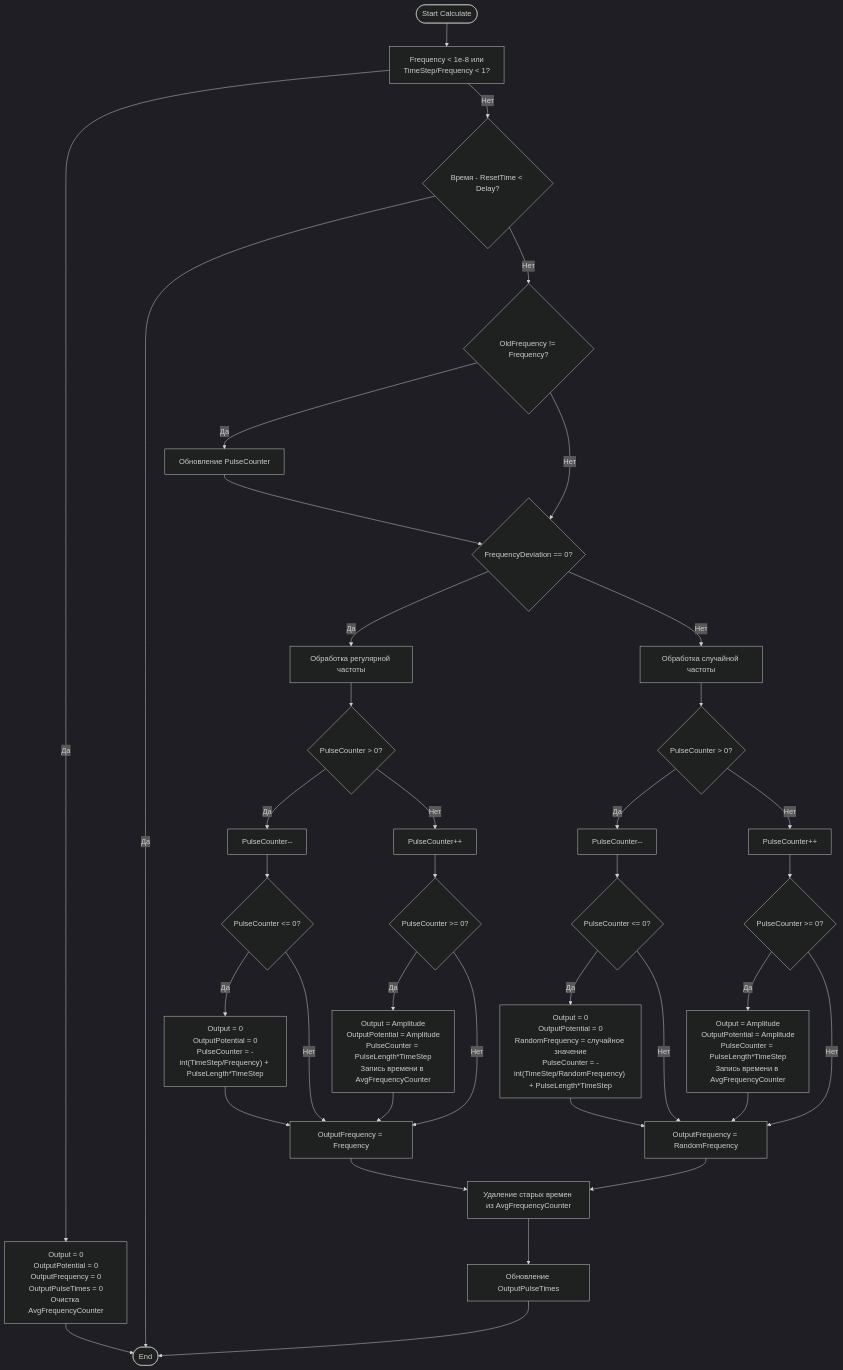
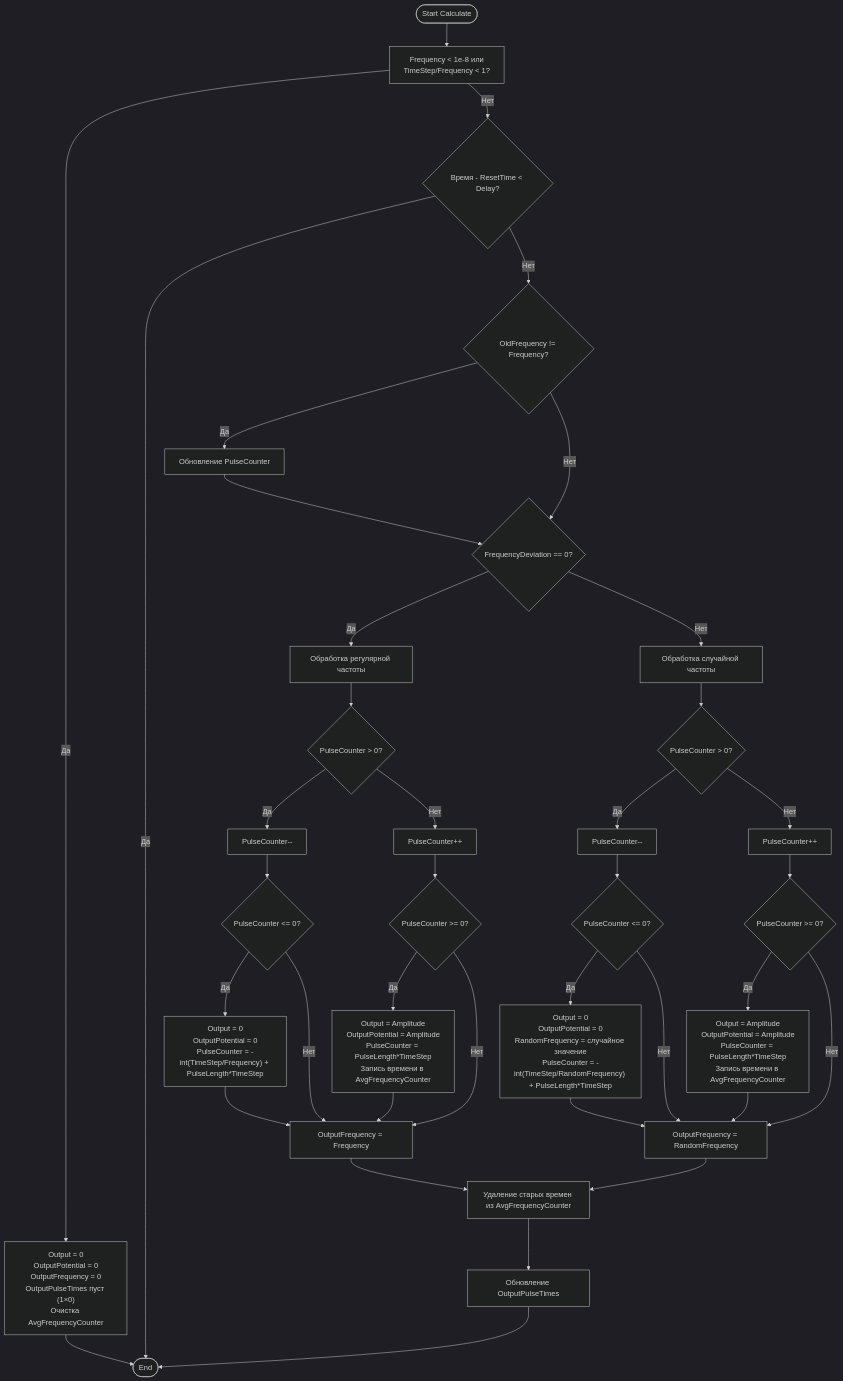
Before and after one commit to aicommunity/Nmsdk-PulseLib: the fourth of 10 diagrams in Docs/Components/NPulseGenerator.md, drawn with Mermaid (dark theme). The commit also changed other lines of this file and 1 other file, not shown here.

Commit message:
Align generator defaults and lifecycle documentation with event-history fixes

````diff
--- a/Docs/Components/NPulseGenerator.md
+++ b/Docs/Components/NPulseGenerator.md
@@ -126,40 +126,40 @@
 ```mermaid
 flowchart TD
     Start([Start Calculate]) --> CheckFrequency["Frequency < 1e-8 или<br/>TimeStep/Frequency < 1?"]
-    CheckFrequency -->|Да| ZeroOutput["Output = 0<br/>OutputPotential = 0<br/>OutputFrequency = 0<br/>OutputPulseTimes = 0<br/>Очистка AvgFrequencyCounter"]
+    CheckFrequency -->|Да| ZeroOutput["Output = 0<br/>OutputPotential = 0<br/>OutputFrequency = 0<br/>OutputPulseTimes пуст (1×0)<br/>Очистка AvgFrequencyCounter"]
     CheckFrequency -->|Нет| CheckDelay{Время - ResetTime < Delay?}
     CheckDelay -->|Да| End([End])
     CheckDelay -->|Нет| CheckFrequencyChanged{OldFrequency != Frequency?}
     CheckFrequencyChanged -->|Да| UpdatePulseCounter[Обновление PulseCounter]
     CheckFrequencyChanged -->|Нет| CheckFrequencyDeviation{FrequencyDeviation == 0?}
     UpdatePulseCounter --> CheckFrequencyDeviation
     CheckFrequencyDeviation -->|Да| ProcessRegular[Обработка регулярной частоты]
     CheckFrequencyDeviation -->|Нет| ProcessRandom[Обработка случайной частоты]
     ProcessRegular --> CheckPulseCounter1{PulseCounter > 0?}
     CheckPulseCounter1 -->|Да| DecrementCounter[PulseCounter--]
     DecrementCounter --> CheckEndPulse1{PulseCounter <= 0?}
     CheckEndPulse1 -->|Да| EndPulse["Output = 0<br/>OutputPotential = 0<br/>PulseCounter = -int(TimeStep/Frequency) + PulseLength*TimeStep"]
     CheckEndPulse1 -->|Нет| SetFrequency[OutputFrequency = Frequency]
     CheckPulseCounter1 -->|Нет| IncrementCounter[PulseCounter++]
     IncrementCounter --> CheckStartPulse1{PulseCounter >= 0?}
     CheckStartPulse1 -->|Да| StartPulse["Output = Amplitude<br/>OutputPotential = Amplitude<br/>PulseCounter = PulseLength*TimeStep<br/>Запись времени в AvgFrequencyCounter"]
     CheckStartPulse1 -->|Нет| SetFrequency
     ProcessRandom --> CheckPulseCounter2{PulseCounter > 0?}
     CheckPulseCounter2 -->|Да| DecrementCounter2[PulseCounter--]
     DecrementCounter2 --> CheckEndPulse2{PulseCounter <= 0?}
     CheckEndPulse2 -->|Да| EndPulse2["Output = 0<br/>OutputPotential = 0<br/>RandomFrequency = случайное значение<br/>PulseCounter = -int(TimeStep/RandomFrequency) + PulseLength*TimeStep"]
     CheckEndPulse2 -->|Нет| SetRandomFrequency[OutputFrequency = RandomFrequency]
     CheckPulseCounter2 -->|Нет| IncrementCounter2[PulseCounter++]
     IncrementCounter2 --> CheckStartPulse2{PulseCounter >= 0?}
     CheckStartPulse2 -->|Да| StartPulse2["Output = Amplitude<br/>OutputPotential = Amplitude<br/>PulseCounter = PulseLength*TimeStep<br/>Запись времени в AvgFrequencyCounter"]
     CheckStartPulse2 -->|Нет| SetRandomFrequency
     EndPulse --> SetFrequency
     StartPulse --> SetFrequency
     EndPulse2 --> SetRandomFrequency
     StartPulse2 --> SetRandomFrequency
     SetFrequency --> CleanOldTimes[Удаление старых времен из AvgFrequencyCounter]
     SetRandomFrequency --> CleanOldTimes
     CleanOldTimes --> UpdatePulseTimes[Обновление OutputPulseTimes]
     UpdatePulseTimes --> End
     ZeroOutput --> End
 ```
````
